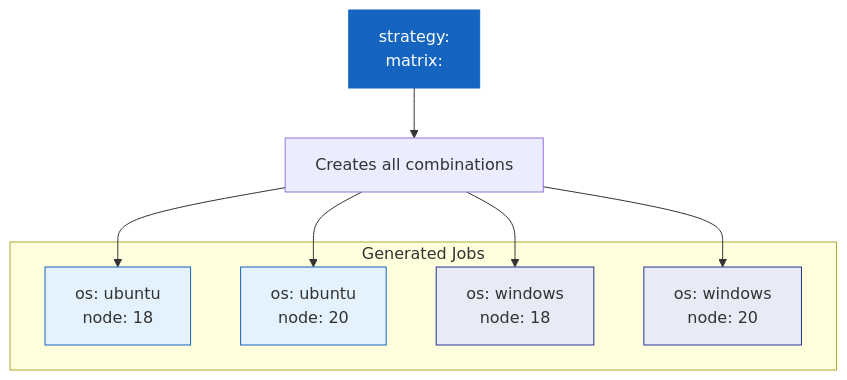
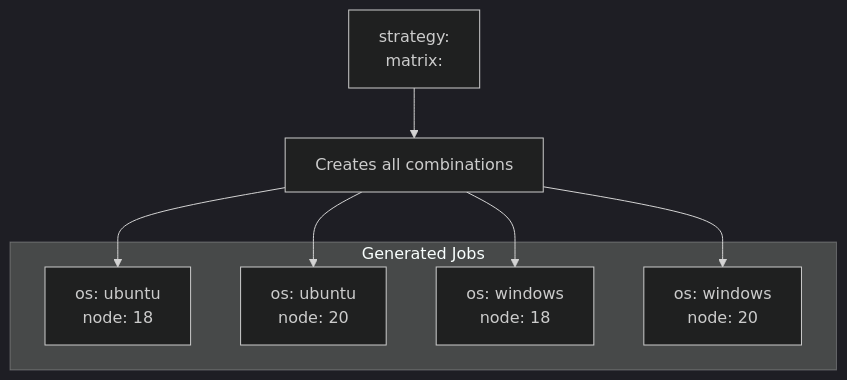
The first of 4 diagrams in 11-matrix-and-conditionals/README.md (vishutyagi0210/github-ci-cd-with-labs), drawn with Mermaid before and after one commit. The commit also changed other lines of this file and 13 other files, not shown here.

Commit message:
fix: switch all mermaid diagrams to dark theme for better readability

````diff
--- a/11-matrix-and-conditionals/README.md
+++ b/11-matrix-and-conditionals/README.md
@@ -9,22 +9,18 @@
 ```mermaid
+%%{init: {"theme": "dark"}}%%
 graph TD
     MATRIX["strategy:<br/>matrix:"] --> COMBO["Creates all combinations"]
 
     subgraph COMBOS["Generated Jobs"]
         C1["os: ubuntu<br/>node: 18"]
         C2["os: ubuntu<br/>node: 20"]
         C3["os: windows<br/>node: 18"]
         C4["os: windows<br/>node: 20"]
     end
 
     COMBO --> C1
     COMBO --> C2
     COMBO --> C3
     COMBO --> C4
 
-    style MATRIX fill:#1565c0,stroke:#1565c0,color:#fff
-    style C1 fill:#e3f2fd,stroke:#1565c0
-    style C2 fill:#e3f2fd,stroke:#1565c0
-    style C3 fill:#e8eaf6,stroke:#283593
-    style C4 fill:#e8eaf6,stroke:#283593
 ```
````
